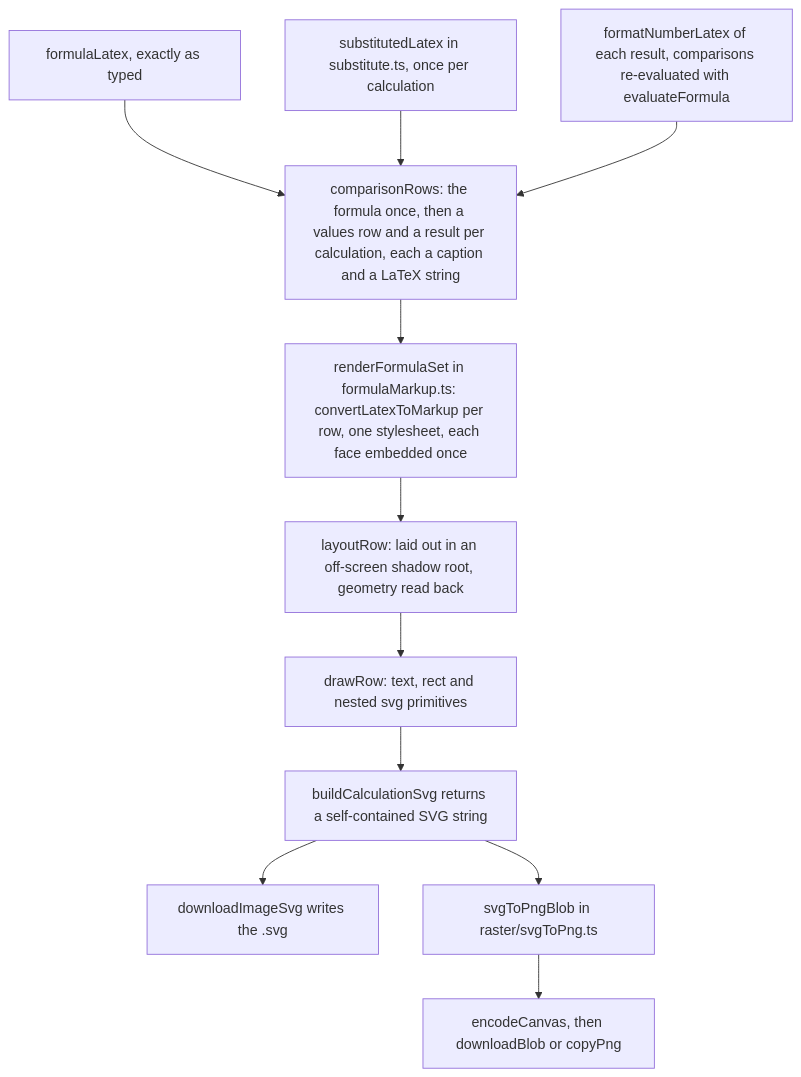
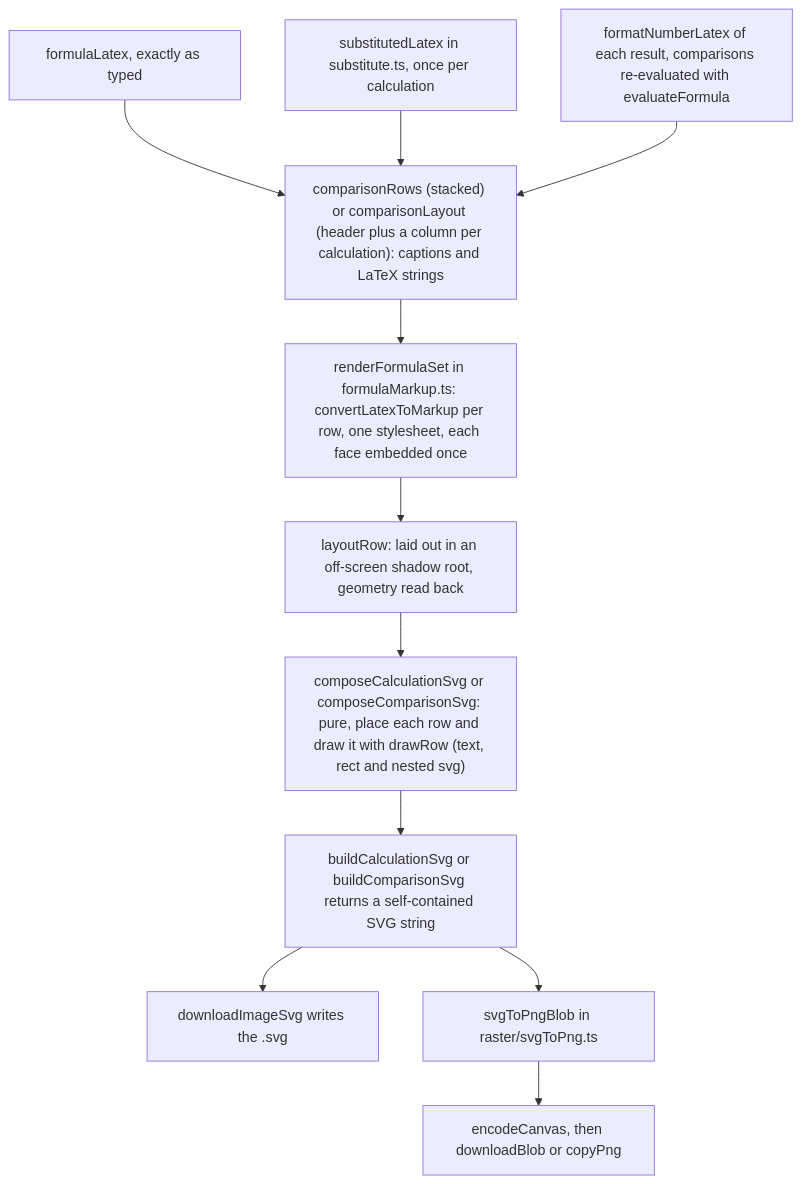
Before and after one commit to Kieran-s-Artisnal-Slop-Factory/useful: the second of 3 diagrams in docs/dev/tools/napkin-math.md, drawn with Mermaid. The commit also changed other lines of this file and 13 other files, not shown here.

````diff
--- a/docs/dev/tools/napkin-math.md
+++ b/docs/dev/tools/napkin-math.md
@@ -223,13 +223,13 @@
 ```mermaid
 flowchart TD
   A["formulaLatex, exactly as typed"] --> R
   B["substitutedLatex in substitute.ts, once per calculation"] --> R
   C["formatNumberLatex of each result, comparisons re-evaluated with evaluateFormula"] --> R
-  R["comparisonRows: the formula once, then a values row and a result per calculation, each a caption and a LaTeX string"] --> S
+  R["comparisonRows (stacked) or comparisonLayout (header plus a column per calculation): captions and LaTeX strings"] --> S
   S["renderFormulaSet in formulaMarkup.ts: convertLatexToMarkup per row, one stylesheet, each face embedded once"] --> M
   M["layoutRow: laid out in an off-screen shadow root, geometry read back"] --> G
-  G["drawRow: text, rect and nested svg primitives"] --> V
-  V["buildCalculationSvg returns a self-contained SVG string"] --> D["downloadImageSvg writes the .svg"]
+  G["composeCalculationSvg or composeComparisonSvg: pure, place each row and draw it with drawRow (text, rect and nested svg)"] --> V
+  V["buildCalculationSvg or buildComparisonSvg returns a self-contained SVG string"] --> D["downloadImageSvg writes the .svg"]
   V --> P["svgToPngBlob in raster/svgToPng.ts"]
   P --> E["encodeCanvas, then downloadBlob or copyPng"]
 ```
````
